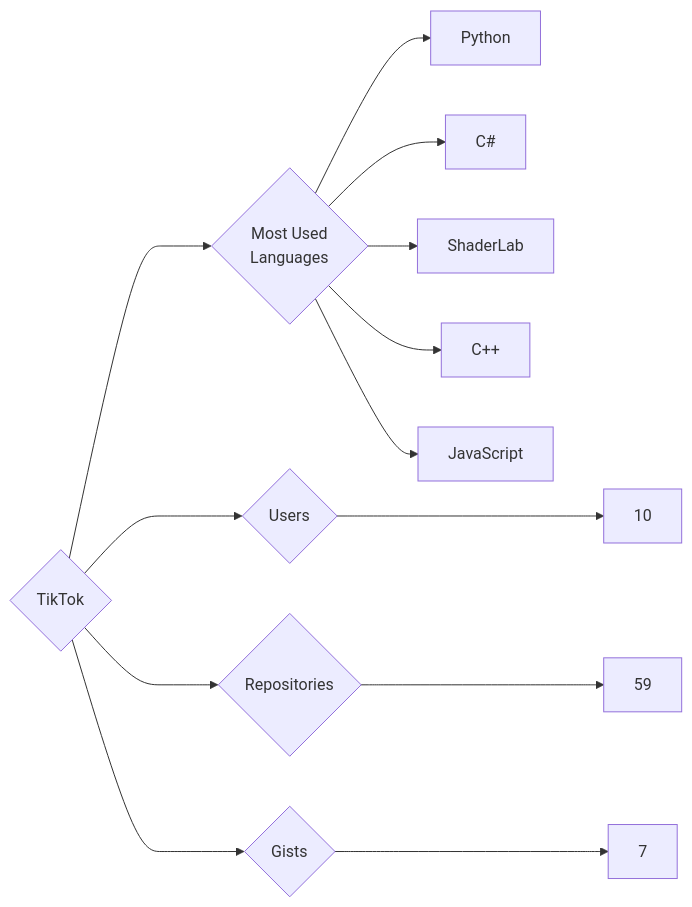
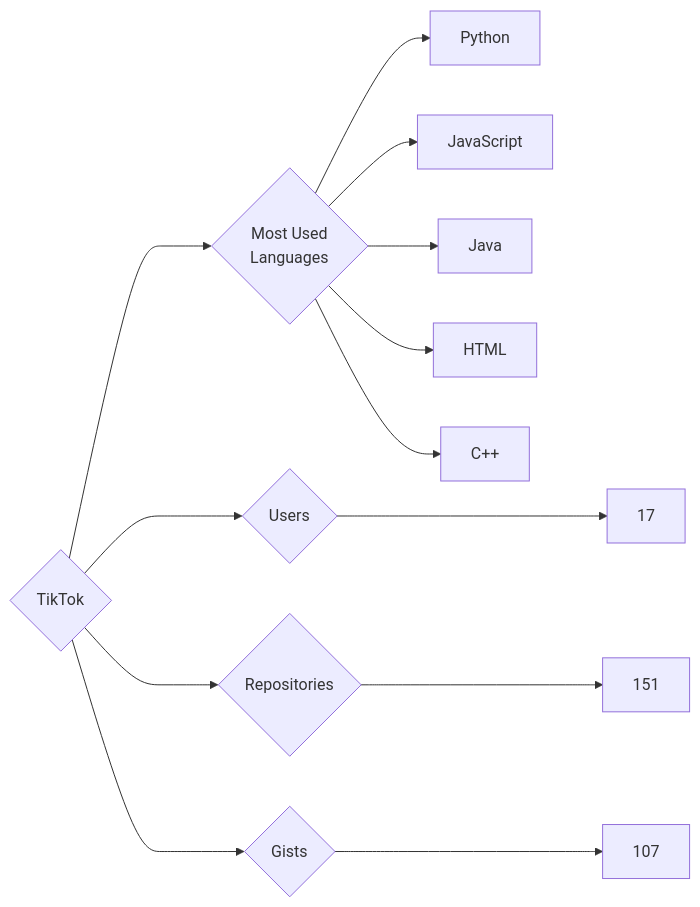
Before and after one commit to trickest/insiders: the diagram in targets/TikTok/README.md, drawn with Mermaid. The commit also changed 799 other files, not shown here.

````diff
--- a/targets/TikTok/README.md
+++ b/targets/TikTok/README.md
@@ -3,13 +3,13 @@
 ```mermaid
 graph LR
 COMPANY_NAME{TikTok}
-COMPANY_NAME ---> U{Users} ---> UN[10]
-COMPANY_NAME ---> R{Repositories} ---> RN[59]
-COMPANY_NAME ---> G{Gists} ---> GN[7]
+COMPANY_NAME ---> U{Users} ---> UN[17]
+COMPANY_NAME ---> R{Repositories} ---> RN[151]
+COMPANY_NAME ---> G{Gists} ---> GN[107]
 COMPANY_NAME ---> ML{Most Used<br>Languages}
 ML --> Python[Python]
-ML --> C#[C#]
-ML --> ShaderLab[ShaderLab]
+ML --> JavaScript[JavaScript]
+ML --> Java[Java]
+ML --> HTML[HTML]
 ML --> C++[C++]
-ML --> JavaScript[JavaScript]
 ```
````
